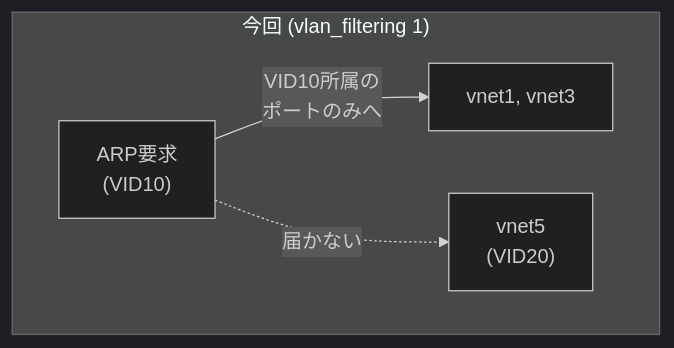
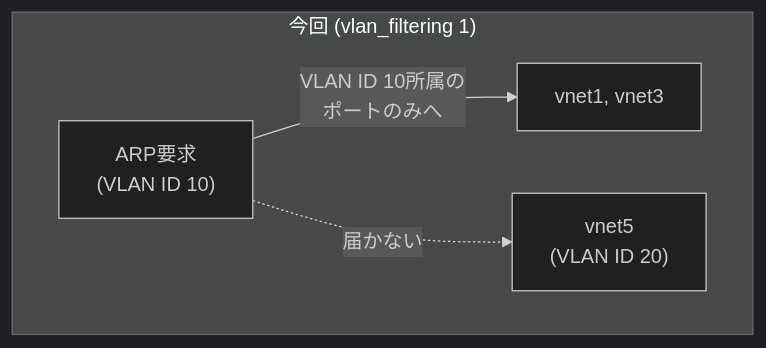
One commit to 0x69d/0x69d changed the second of 2 diagrams in articles/20260722-linux-bridge-vlan-filtering.md. Above: the diagram before and after it, drawn with Mermaid (dark theme). The commit also changed other lines of this file and 2 other files, not shown here.

````diff
--- a/articles/20260722-linux-bridge-vlan-filtering.md
+++ b/articles/20260722-linux-bridge-vlan-filtering.md
@@ -191,8 +194,8 @@
 ```mermaid
 graph LR
     subgraph After["今回 (vlan_filtering 1)"]
         direction LR
-        A1["ARP要求<br/>(VID10)"] -->|VID10所属の<br/>ポートのみへ| A2["vnet1, vnet3"]
-        A1 -.->|届かない| A3["vnet5<br/>(VID20)"]
+        A1["ARP要求<br/>(VLAN ID 10)"] -->|VLAN ID 10所属の<br/>ポートのみへ| A2["vnet1, vnet3"]
+        A1 -.->|届かない| A3["vnet5<br/>(VLAN ID 20)"]
     end
 ```
````
